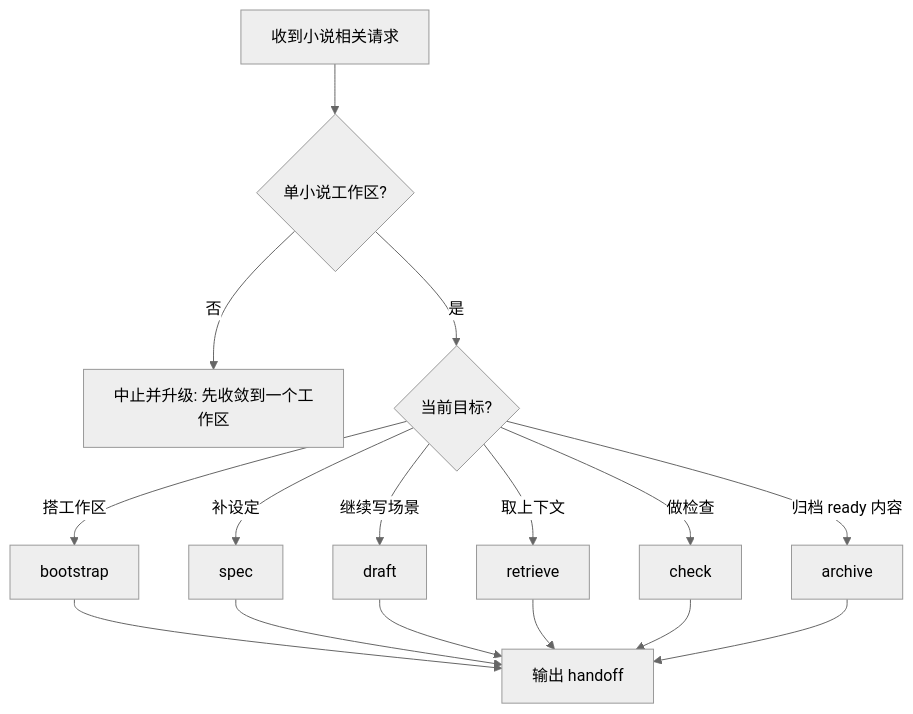
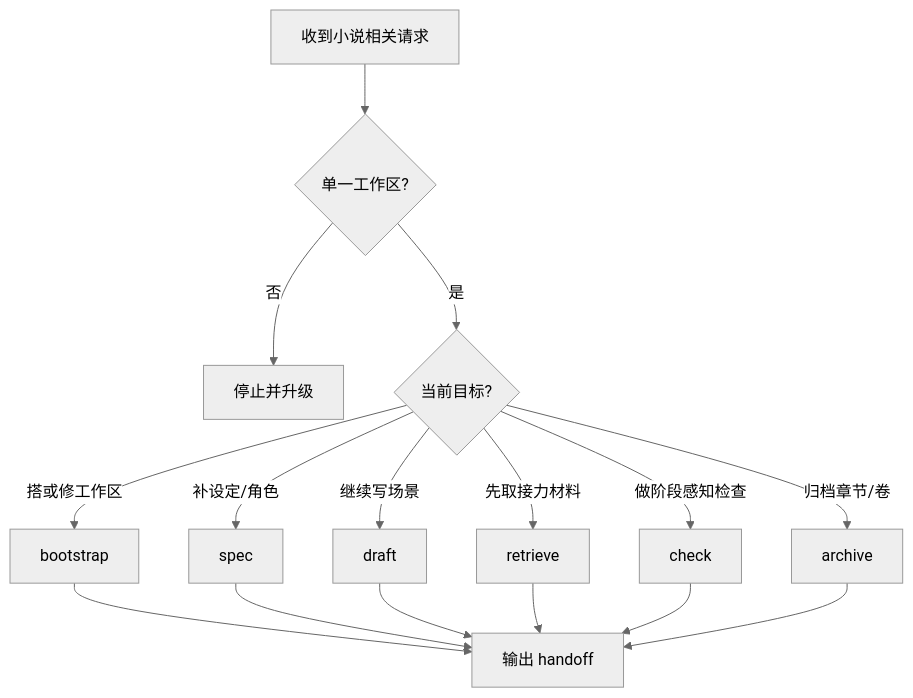
One commit to bYiyLi/skills changed the diagram in skills/novel-creation/SKILL.md. Above: the diagram before and after it, drawn with Mermaid (neutral theme). The commit also changed other lines of this file and 32 other files, not shown here.

````diff
--- a/skills/novel-creation/SKILL.md
+++ b/skills/novel-creation/SKILL.md
@@ -75,18 +67,18 @@
 ```mermaid
 flowchart TD
-    A["收到小说相关请求"] --> B{"单小说工作区?"}
-    B -- "否" --> X["中止并升级: 先收敛到一个工作区"]
+    A["收到小说相关请求"] --> B{"单一工作区?"}
+    B -- "否" --> X["停止并升级"]
     B -- "是" --> C{"当前目标?"}
-    C -- "搭工作区" --> D["bootstrap"]
-    C -- "补设定" --> E["spec"]
+    C -- "搭或修工作区" --> D["bootstrap"]
+    C -- "补设定/角色" --> E["spec"]
     C -- "继续写场景" --> F["draft"]
-    C -- "取上下文" --> G["retrieve"]
-    C -- "做检查" --> H["check"]
-    C -- "归档 ready 内容" --> I["archive"]
+    C -- "先取接力材料" --> G["retrieve"]
+    C -- "做阶段感知检查" --> H["check"]
+    C -- "归档章节/卷" --> I["archive"]
     D --> Z["输出 handoff"]
     E --> Z
     F --> Z
     G --> Z
     H --> Z
     I --> Z
 ```
````
